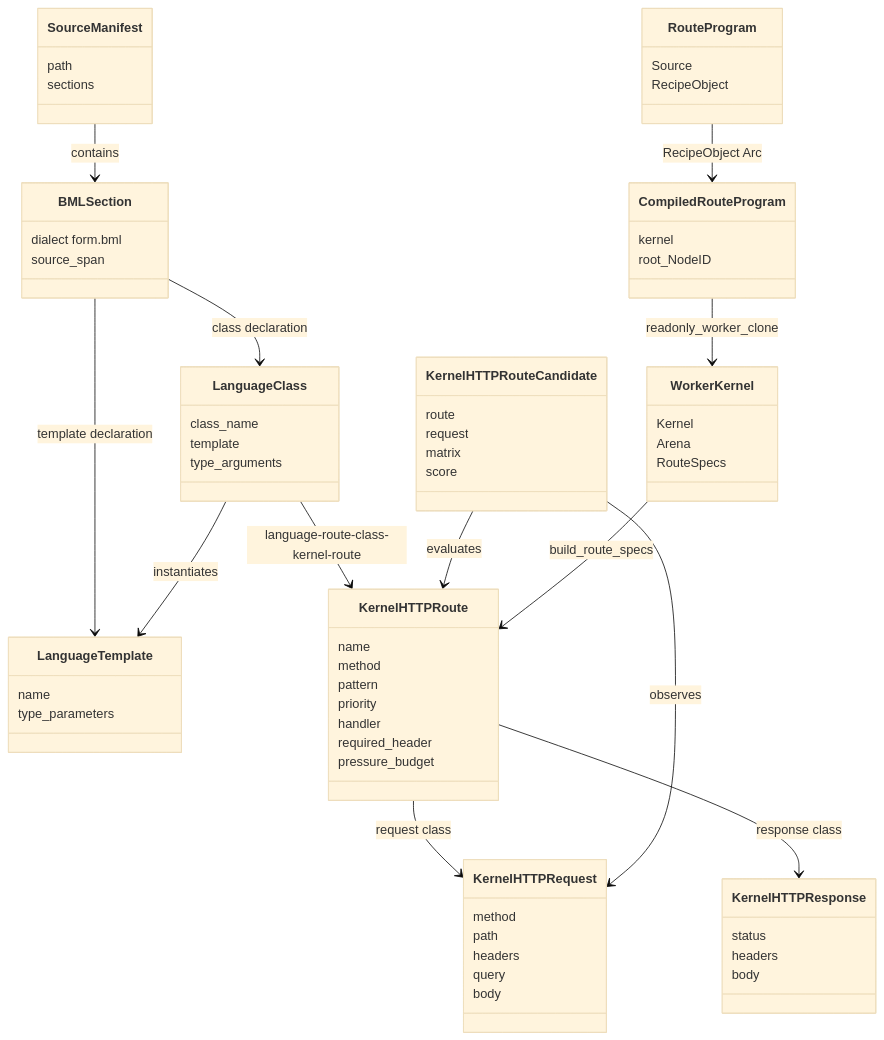
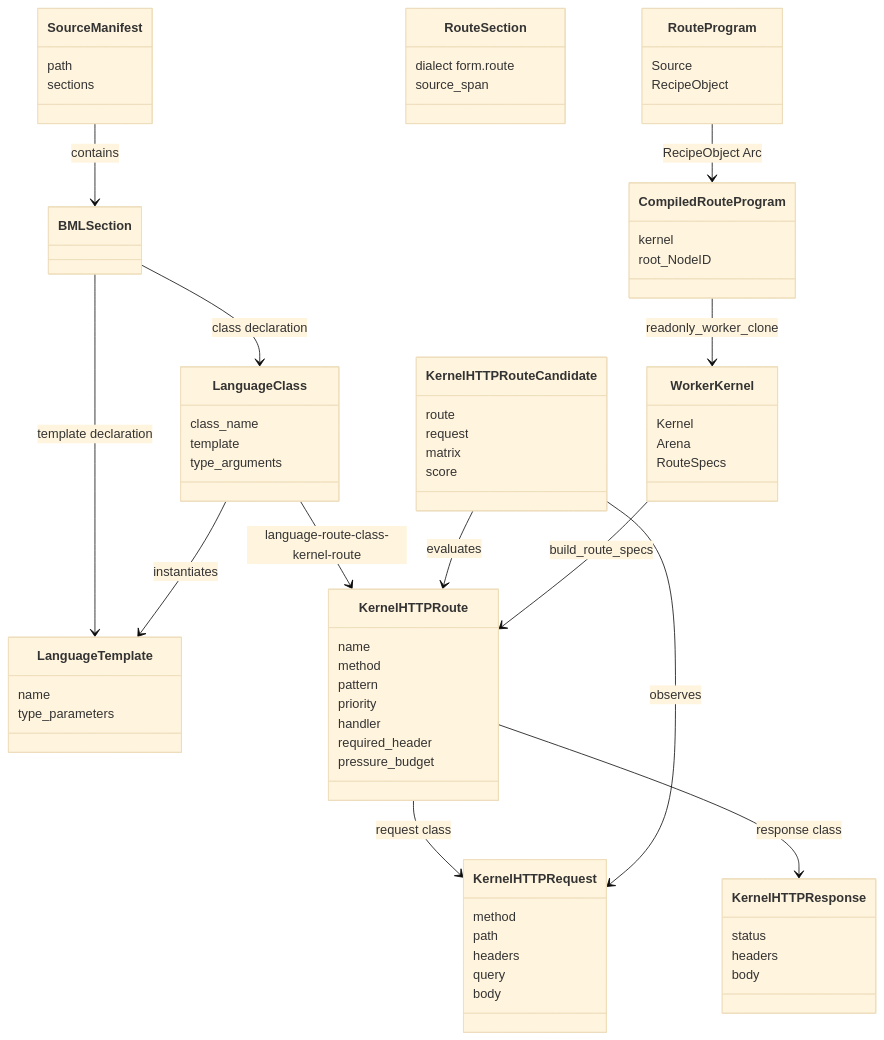
Before and after one commit to seeker71/Coherence-Network: the diagram in kernels/SOURCE_LANGUAGE_KERNEL_ROUTER_ARCHITECTURE.md, drawn with Mermaid (base theme). The commit also changed other lines of this file and 7 other files, not shown here.

Commit message:
attune(router): name route source dialect

````diff
--- a/kernels/SOURCE_LANGUAGE_KERNEL_ROUTER_ARCHITECTURE.md
+++ b/kernels/SOURCE_LANGUAGE_KERNEL_ROUTER_ARCHITECTURE.md
@@ -132,73 +133,73 @@
 ```mermaid
 classDiagram
   class SourceManifest {
     path
     sections
   }
-  class BMLSection {
-    dialect form.bml
+  class RouteSection {
+    dialect form.route
     source_span
   }
   class LanguageTemplate {
     name
     type_parameters
   }
   class LanguageClass {
     class_name
     template
     type_arguments
   }
   class KernelHTTPRequest {
     method
     path
     headers
     query
     body
   }
   class KernelHTTPResponse {
     status
     headers
     body
   }
   class KernelHTTPRoute {
     name
     method
     pattern
     priority
     handler
     required_header
     pressure_budget
   }
   class KernelHTTPRouteCandidate {
     route
     request
     matrix
     score
   }
   class CompiledRouteProgram {
     kernel
     root_NodeID
   }
   class RouteProgram {
     Source
     RecipeObject
   }
   class WorkerKernel {
     Kernel
     Arena
     RouteSpecs
   }
 
   SourceManifest --> BMLSection : contains
   BMLSection --> LanguageTemplate : template declaration
   BMLSection --> LanguageClass : class declaration
   LanguageClass --> LanguageTemplate : instantiates
   LanguageClass --> KernelHTTPRoute : language-route-class-kernel-route
   KernelHTTPRoute --> KernelHTTPRequest : request class
   KernelHTTPRoute --> KernelHTTPResponse : response class
   KernelHTTPRouteCandidate --> KernelHTTPRoute : evaluates
   KernelHTTPRouteCandidate --> KernelHTTPRequest : observes
   RouteProgram --> CompiledRouteProgram : RecipeObject Arc
   CompiledRouteProgram --> WorkerKernel : readonly_worker_clone
   WorkerKernel --> KernelHTTPRoute : build_route_specs
 ```
````
